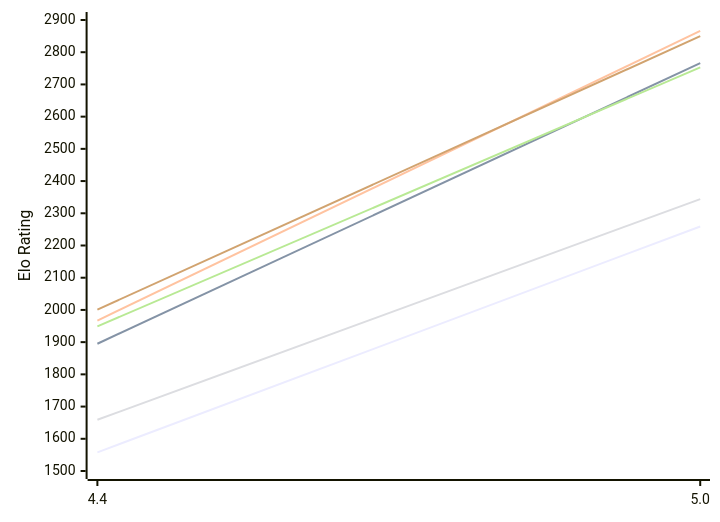
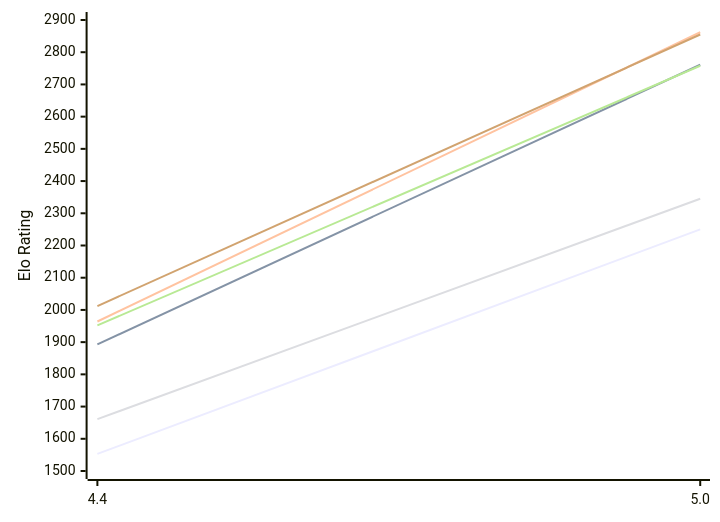
Before and after one commit to computer-chess-index/cci: the first of 2 diagrams in engines/Radiance.md, drawn with Mermaid. The commit also changed other lines of this file, not shown here.

Commit message:
Update CCI Ratings (ELO VLTC) - 2026-11-21

````diff
--- a/engines/Radiance.md
+++ b/engines/Radiance.md
@@ -51,12 +51,12 @@
 ```mermaid
 %%{init: {"theme":"base","themeVariables":{"seriesColors:['#a3a3a3','#222221','#faa371']}}}%%
 xychart-beta
   x-axis ["4.4", "5.0"]
   y-axis "Elo Rating" 1500 --> 2900
-  line "E1: STC (8.0+0.08s)" [1558, 2259]
-  line "E1: LTC (60.0+0.60s)" [1895, 2766]
-  line "E1: VLTC (2m24s+1.12s)" [1967, 2866]
-  line "P1: STC (8.0+0.08s)" [1659, 2344]
-  line "P1: LTC (60.0+0.60s)" [1949, 2753]
-  line "P1: VLTC (2m24s+1.12s)" [2001, 2850]
+  line "E1: STC (8.0+0.08s)" [1553, 2250]
+  line "E1: LTC (60.0+0.60s)" [1893, 2761]
+  line "E1: VLTC (2m24s+1.12s)" [1964, 2862]
+  line "P1: STC (8.0+0.08s)" [1661, 2345]
+  line "P1: LTC (60.0+0.60s)" [1952, 2758]
+  line "P1: VLTC (2m24s+1.12s)" [2012, 2855]
 ```
````
